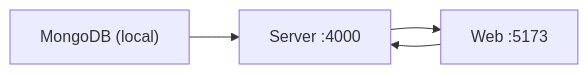
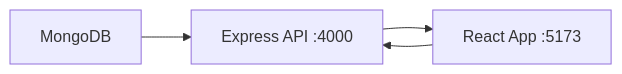
Before and after one commit to aamir-nus/lumina-quest: the third of 3 diagrams in README.md, drawn with Mermaid. The commit also changed other lines of this file and 4 other files, not shown here.

````diff
--- a/README.md
+++ b/README.md
@@ -36,6 +36,6 @@
 ```mermaid
 flowchart LR
-  A["MongoDB (local)"] --> B["Server :4000"]
-  B --> C["Web :5173"]
+  A["MongoDB"] --> B["Express API :4000"]
+  B --> C["React App :5173"]
   C --> B
 ```
````
